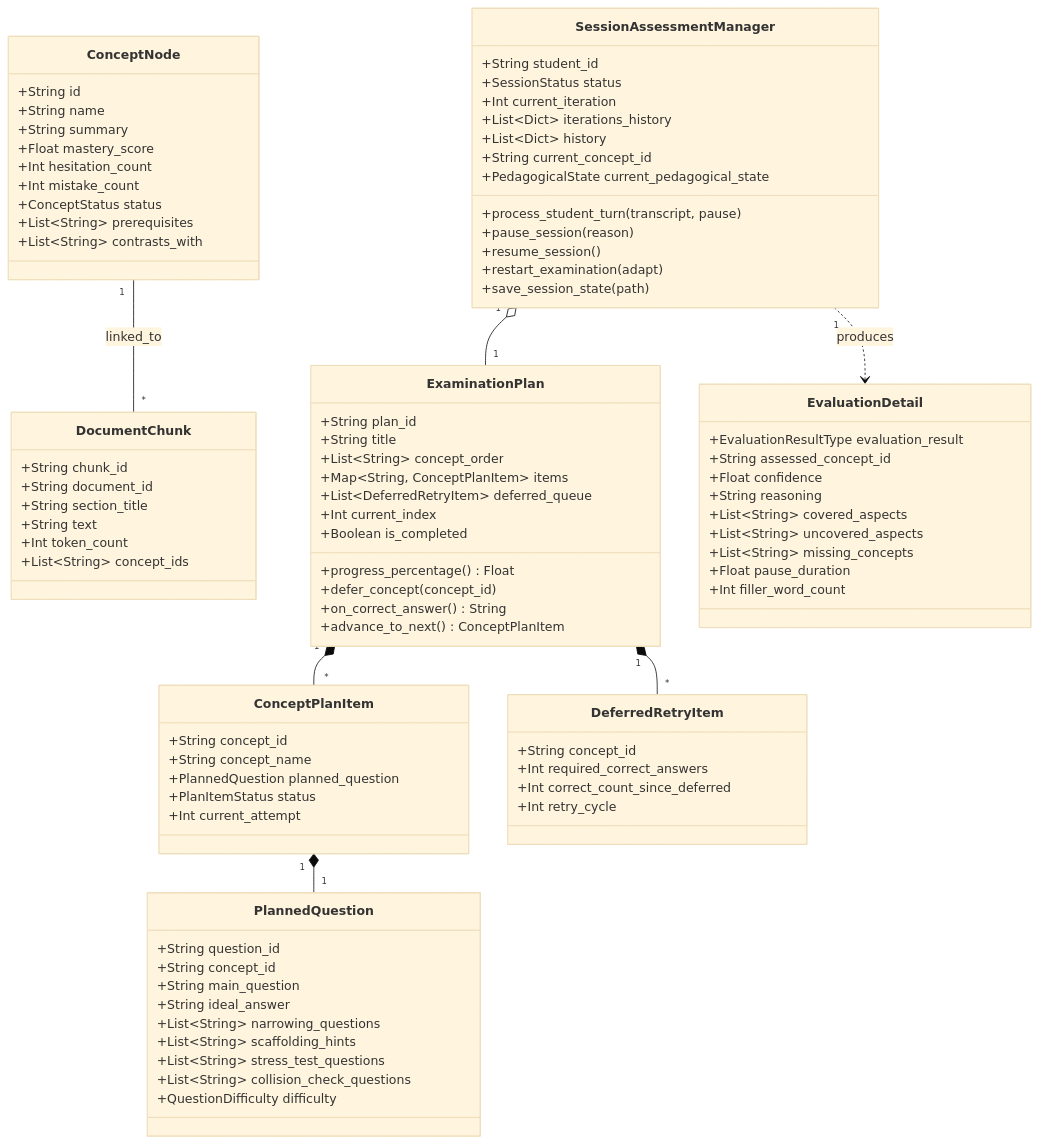
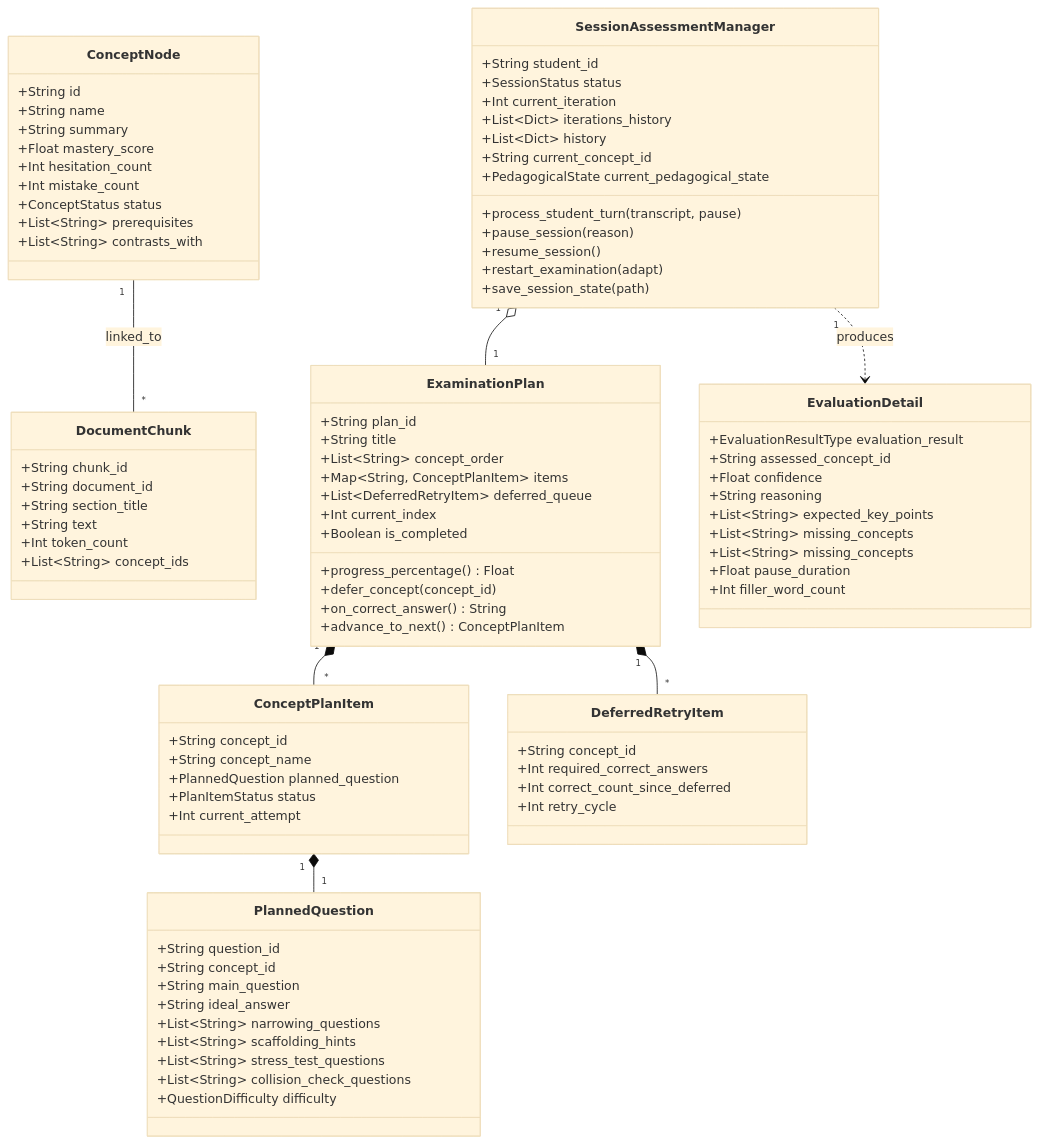
One commit to Pr1vat30/RetainMind changed the third of 4 diagrams in docs/RetainMind_RAD.md. Above: the diagram before and after it, drawn with Mermaid (base theme). The commit also changed other lines of this file and 39 other files, not shown here.

```diff
--- a/docs/RetainMind_RAD.md
+++ b/docs/RetainMind_RAD.md
@@ -628,8 +594,8 @@
         +String assessed_concept_id
         +Float confidence
         +String reasoning
-        +List~String~ covered_aspects
-        +List~String~ uncovered_aspects
+        +List~String~ expected_key_points
+        +List~String~ missing_concepts
         +List~String~ missing_concepts
         +Float pause_duration
         +Int filler_word_count
```
